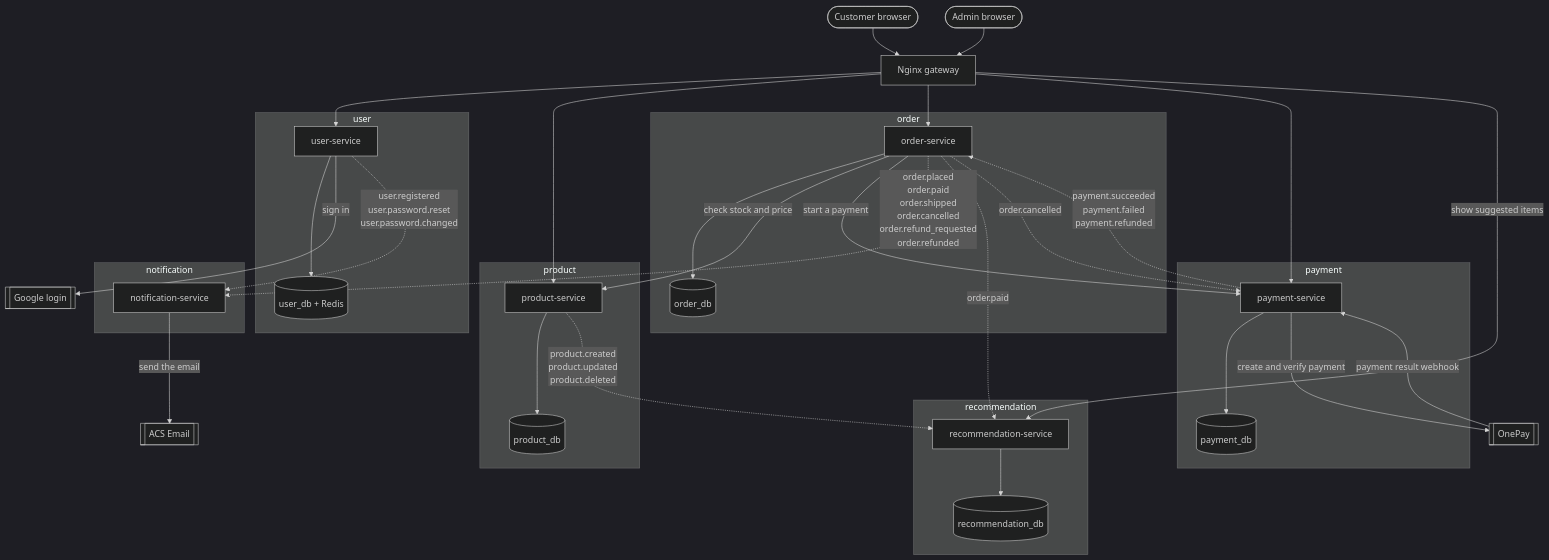
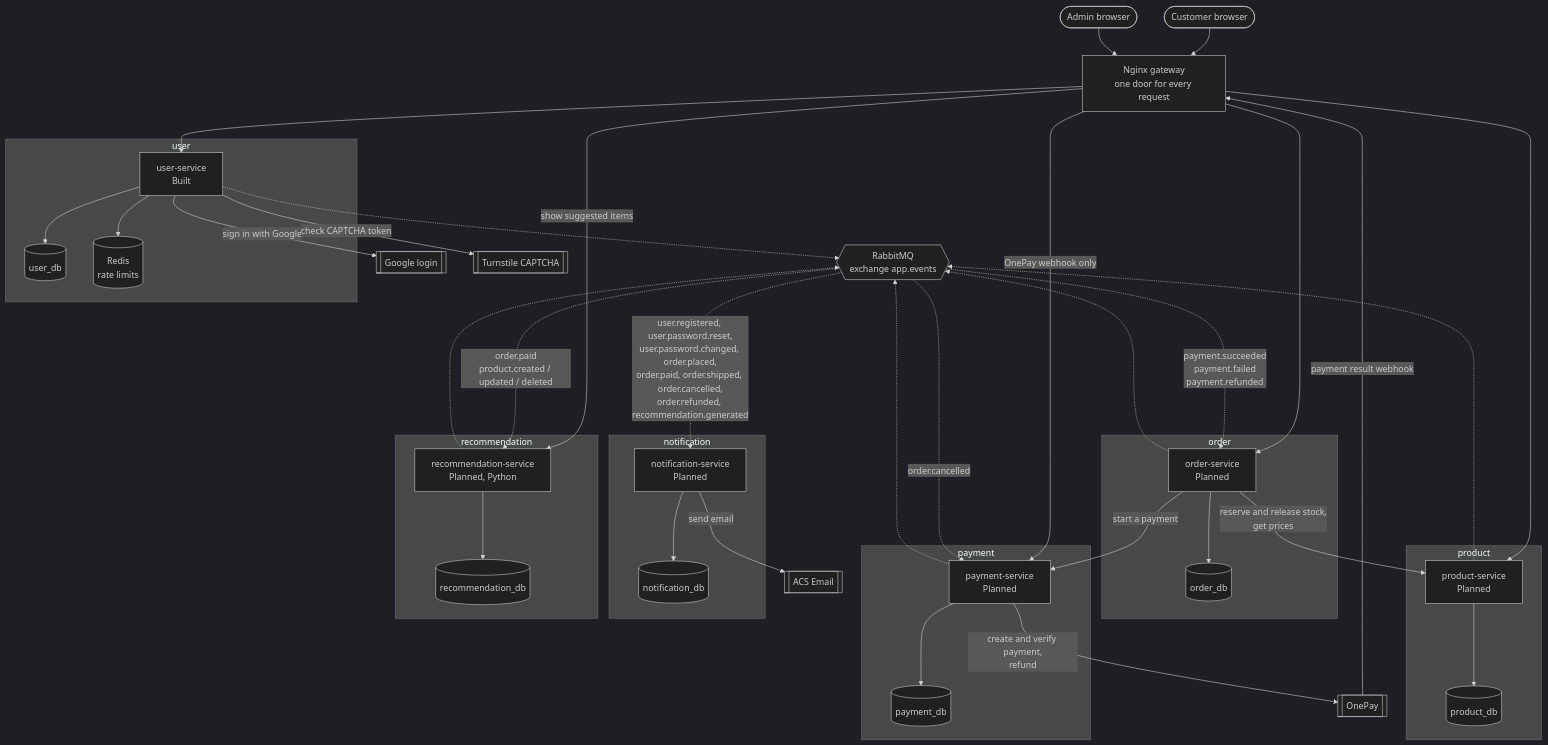
One commit to MotoXpress-wicky/infrastructure changed the diagram in docs/architecture/02-container-diagram.md. Above: the diagram before and after it, drawn with Mermaid (dark theme). The commit also changed other lines of this file and 5 other files, not shown here.

Commit message:
docs(architecture): add API map, recommendation.generated event, container fixes, decisions 34-37

````diff
--- a/docs/architecture/02-container-diagram.md
+++ b/docs/architecture/02-container-diagram.md
@@ -11,76 +13,82 @@
 ```mermaid
 flowchart TB
     customer([Customer browser])
     admin([Admin browser])
 
-    nginx["Nginx gateway"]
+    nginx["Nginx gateway<br/>one door for every request"]
 
     subgraph userbox [user]
-        user["user-service"]
-        userdb[("user_db + Redis")]
+        user["user-service<br/>Built"]
+        userdb[("user_db")]
+        redis[("Redis<br/>rate limits")]
     end
 
     subgraph productbox [product]
-        product["product-service"]
+        product["product-service<br/>Planned"]
         productdb[("product_db")]
     end
 
     subgraph orderbox [order]
-        order["order-service"]
+        order["order-service<br/>Planned"]
         orderdb[("order_db")]
     end
 
     subgraph paymentbox [payment]
-        payment["payment-service"]
+        payment["payment-service<br/>Planned"]
         paymentdb[("payment_db")]
     end
 
     subgraph notifbox [notification]
-        notif["notification-service"]
+        notif["notification-service<br/>Planned"]
+        notifdb[("notification_db")]
     end
 
     subgraph recobox [recommendation]
-        reco["recommendation-service"]
+        reco["recommendation-service<br/>Planned, Python"]
         recodb[("recommendation_db")]
     end
+
+    broker{{"RabbitMQ<br/>exchange app.events"}}
 
     onepay[["OnePay"]]
     acs[["ACS Email"]]
     google[["Google login"]]
+    turnstile[["Turnstile CAPTCHA"]]
 
     %% ---------- HTTP: solid line, caller waits ----------
     customer --> nginx
     admin --> nginx
     nginx --> user
     nginx --> product
     nginx --> order
-    nginx --> payment
+    nginx -->|OnePay webhook only| payment
     nginx -->|show suggested items| reco
 
     user --> userdb
+    user --> redis
     product --> productdb
     order --> orderdb
     payment --> paymentdb
+    notif --> notifdb
     reco --> recodb
 
-    order -->|check stock and price| product
+    order -->|reserve and release stock,<br/>get prices| product
     order -->|start a payment| payment
-    user -->|sign in| google
-    payment -->|create and verify payment| onepay
-    onepay -->|payment result webhook| payment
-    notif -->|send the email| acs
+    user -->|sign in with Google| google
+    user -->|check CAPTCHA token| turnstile
+    payment -->|create and verify payment,<br/>refund| onepay
+    onepay -->|payment result webhook| nginx
+    notif -->|send email| acs
 
     %% ---------- Events: dotted line, no waiting ----------
-    payment -.->|"payment.succeeded<br/>payment.failed<br/>payment.refunded"| order
+    user -.-> broker
+    order -.-> broker
+    payment -.-> broker
+    product -.-> broker
+    reco -.-> broker
 
-    user -.->|"user.registered<br/>user.password.reset<br/>user.password.changed"| notif
-
-    order -.->|"order.placed<br/>order.paid<br/>order.shipped<br/>order.cancelled<br/>order.refund_requested<br/>order.refunded"| notif
-
-    order -.->|"order.paid"| reco
-
-    product -.->|"product.created<br/>product.updated<br/>product.deleted"| reco
-
-    %% ---------- Cancellation & Refund Events ----------
-    order -.->|"order.cancelled"| payment
+    broker -.->|"payment.succeeded<br/>payment.failed<br/>payment.refunded"| order
+    broker -.->|"order.cancelled"| payment
+    broker -.->|"user.registered, user.password.reset,<br/>user.password.changed, order.placed,<br/>order.paid, order.shipped, order.cancelled,<br/>order.refunded, recommendation.generated"| notif
+    broker -.->|"order.paid<br/>product.created / updated / deleted"| reco
 ```
````
